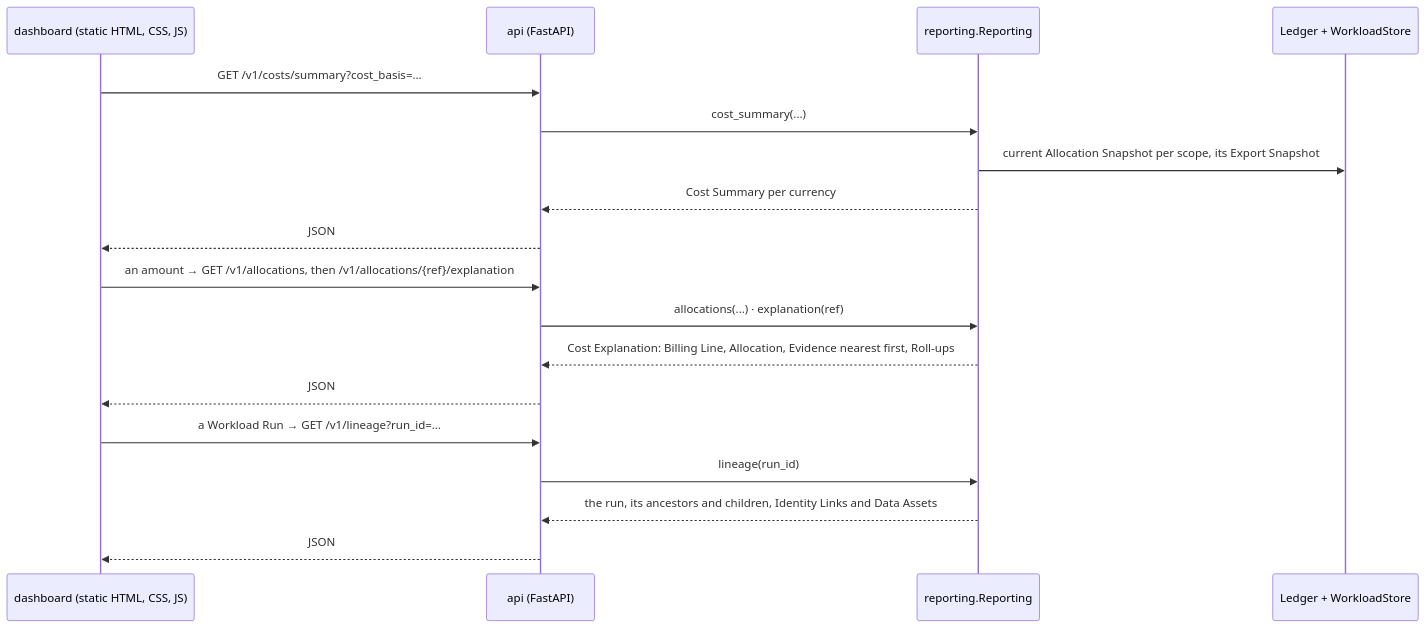
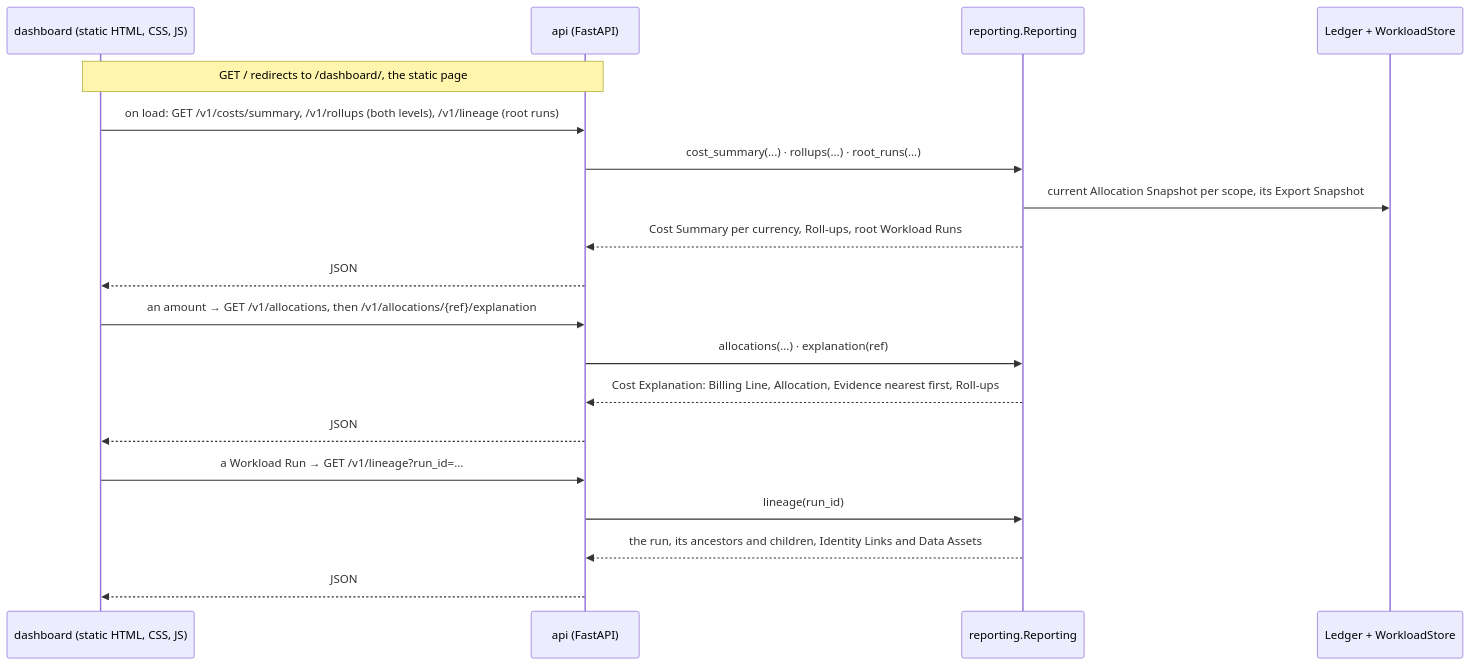
The fourth of 4 diagrams in docs/architecture/README.md (apmalong/data-finops), drawn with Mermaid before and after one commit. The commit also changed other lines of this file and 4 other files, not shown here.

````diff
--- a/docs/architecture/README.md
+++ b/docs/architecture/README.md
@@ -193,21 +201,22 @@
 ```mermaid
 sequenceDiagram
     participant Browser as dashboard (static HTML, CSS, JS)
     participant API as api (FastAPI)
     participant Read as reporting.Reporting
     participant Stores as Ledger + WorkloadStore
 
-    Browser->>API: GET /v1/costs/summary?cost_basis=…
-    API->>Read: cost_summary(...)
+    Note over Browser,API: GET / redirects to /dashboard/, the static page
+    Browser->>API: on load: GET /v1/costs/summary, /v1/rollups (both levels), /v1/lineage (root runs)
+    API->>Read: cost_summary(...) · rollups(...) · root_runs(...)
     Read->>Stores: current Allocation Snapshot per scope, its Export Snapshot
-    Read-->>API: Cost Summary per currency
+    Read-->>API: Cost Summary per currency, Roll-ups, root Workload Runs
     API-->>Browser: JSON
     Browser->>API: an amount → GET /v1/allocations, then /v1/allocations/{ref}/explanation
     API->>Read: allocations(...) · explanation(ref)
     Read-->>API: Cost Explanation: Billing Line, Allocation, Evidence nearest first, Roll-ups
     API-->>Browser: JSON
     Browser->>API: a Workload Run → GET /v1/lineage?run_id=…
     API->>Read: lineage(run_id)
     Read-->>API: the run, its ancestors and children, Identity Links and Data Assets
     API-->>Browser: JSON
 ```
````
